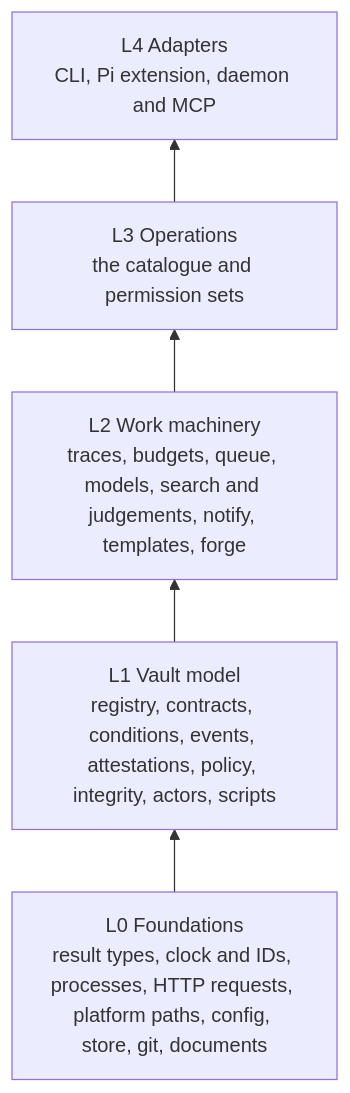
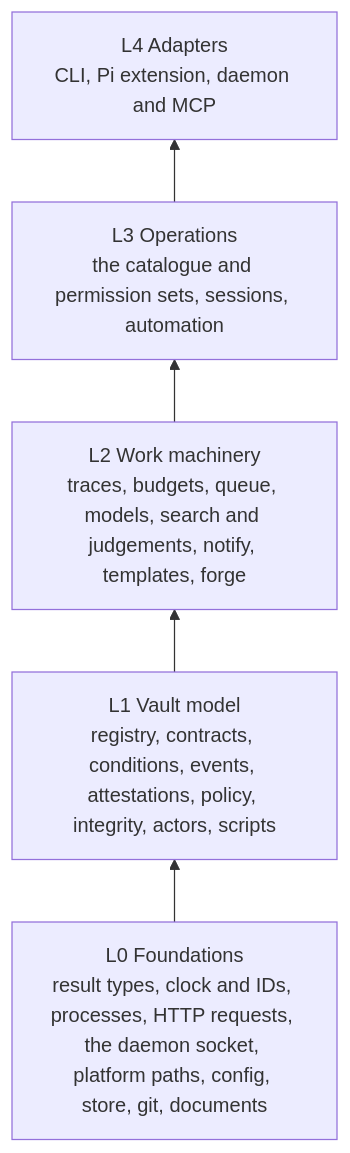
The diagram in docs/agents/implementation-plan.md (jerryjvl/pi-active-vaults), drawn with Mermaid before and after one commit. The commit also changed 7 other files, not shown here.

First line of the commit message:
docs: socket and automation in core.md, the layer map and AGENTS.md; the daemon in cli.md, extension.md, api.md, architecture.md and concepts.md

````diff
--- a/docs/agents/implementation-plan.md
+++ b/docs/agents/implementation-plan.md
@@ -24,9 +24,9 @@
 ```mermaid
 flowchart BT
-  L0[L0 Foundations<br/>result types, clock and IDs, processes, HTTP requests, platform paths, config, store, git, documents]
+  L0[L0 Foundations<br/>result types, clock and IDs, processes, HTTP requests, the daemon socket, platform paths, config, store, git, documents]
   L1[L1 Vault model<br/>registry, contracts, conditions, events, attestations, policy, integrity, actors, scripts]
   L2[L2 Work machinery<br/>traces, budgets, queue, models, search and judgements, notify, templates, forge]
-  L3[L3 Operations<br/>the catalogue and permission sets]
+  L3[L3 Operations<br/>the catalogue and permission sets, sessions, automation]
   L4[L4 Adapters<br/>CLI, Pi extension, daemon and MCP]
   L0 --> L1 --> L2 --> L3 --> L4
 ```
````
